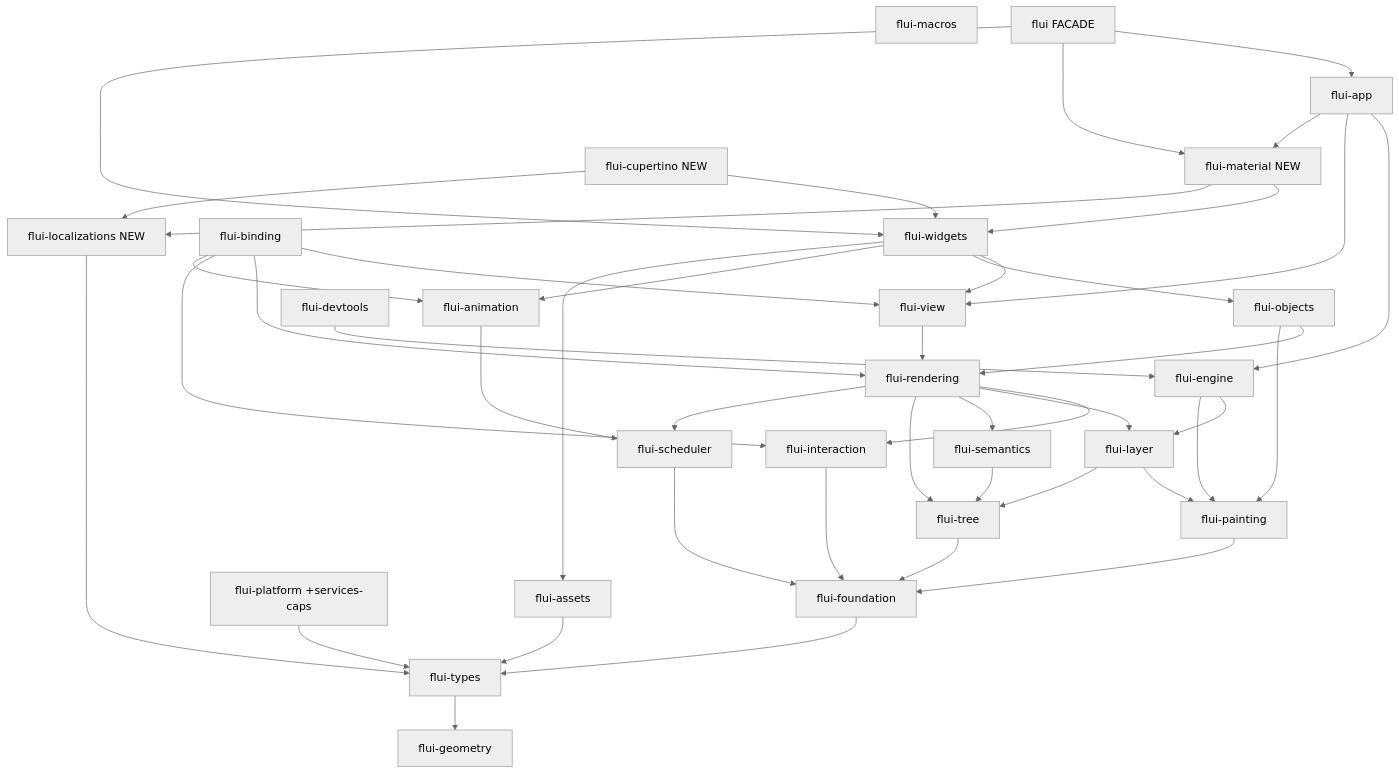
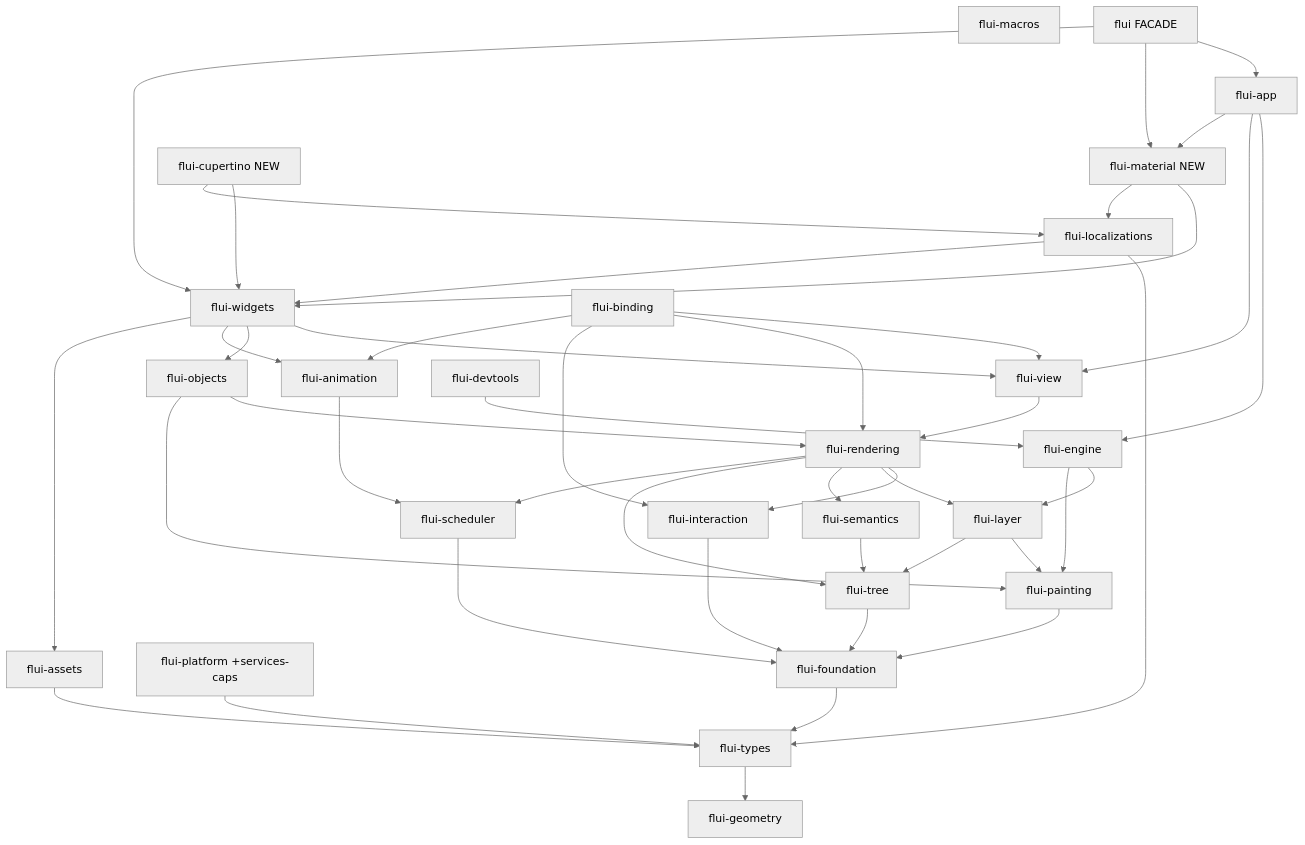
Before and after one commit to vanyastaff/flui: the diagram in docs/FOUNDATIONS.md, drawn with Mermaid (neutral theme). The commit also changed other lines of this file and 24 other files, not shown here.

First line of the commit message:
feat(widgets,types): Catalog.1 theming + localizations substrate

````diff
--- a/docs/FOUNDATIONS.md
+++ b/docs/FOUNDATIONS.md
@@ -159,71 +159,72 @@
 ```mermaid
 graph TD
     geometry[flui-geometry]
     types[flui-types]
     foundation[flui-foundation]
     macros[flui-macros]
     tree[flui-tree]
     platform[flui-platform +services-caps]
     scheduler[flui-scheduler]
     painting[flui-painting]
     interaction[flui-interaction]
     assets[flui-assets]
     semantics[flui-semantics]
     layer[flui-layer]
     animation[flui-animation]
     engine[flui-engine]
     rendering[flui-rendering]
     objects[flui-objects]
     view[flui-view]
     devtools[flui-devtools]
     widgets[flui-widgets]
     binding[flui-binding]
-    l10n[flui-localizations NEW]
+    l10n[flui-localizations]
     material[flui-material NEW]
     cupertino[flui-cupertino NEW]
     app[flui-app]
     facade[flui FACADE]
 
     types --> geometry
     foundation --> types
     tree --> foundation
     platform --> types
     scheduler --> foundation
     painting --> foundation
     interaction --> foundation
     assets --> types
     semantics --> tree
     layer --> painting
     layer --> tree
     animation --> scheduler
     engine --> layer
     engine --> painting
     rendering --> interaction
     rendering --> layer
     rendering --> semantics
     rendering --> tree
     rendering --> scheduler
     objects --> rendering
     objects --> painting
     view --> rendering
     devtools --> engine
     widgets --> view
     widgets --> objects
     widgets --> animation
     widgets --> assets
     binding --> view
     binding --> rendering
     binding --> interaction
     binding --> animation
     l10n --> types
+    l10n --> widgets
     material --> widgets
     material --> l10n
     cupertino --> widgets
     cupertino --> l10n
     app --> engine
     app --> view
     app --> material
     facade --> app
     facade --> material
     facade --> widgets
 ```
````
